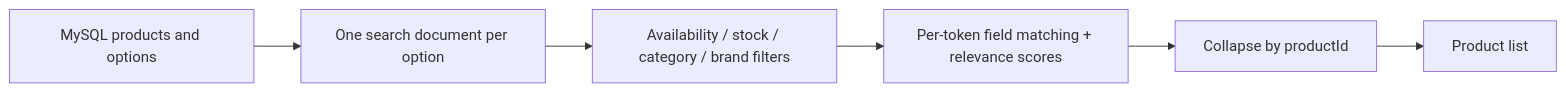
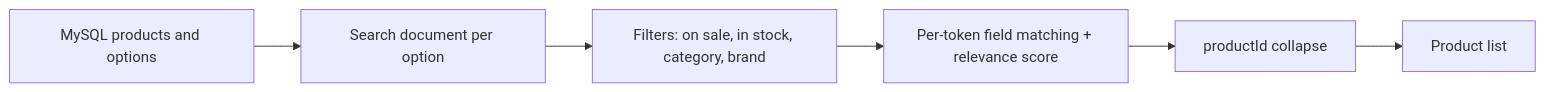
Before and after one commit to K-MarkLee/musinsa_server: the diagram in docs/en/improvements/product-search.md, drawn with Mermaid. The commit also changed other lines of this file and 23 other files, not shown here.

````diff
--- a/docs/en/improvements/product-search.md
+++ b/docs/en/improvements/product-search.md
@@ -129,8 +117,8 @@
 ```mermaid
 flowchart LR
-    A[MySQL products and options] --> B[One search document per option]
-    B --> C[Availability / stock / category / brand filters]
-    C --> D[Per-token field matching + relevance scores]
-    D --> E[Collapse by productId]
+    A[MySQL products and options] --> B[Search document per option]
+    B --> C[Filters: on sale, in stock, category, brand]
+    C --> D[Per-token field matching + relevance score]
+    D --> E[productId collapse]
     E --> F[Product list]
 ```
````
